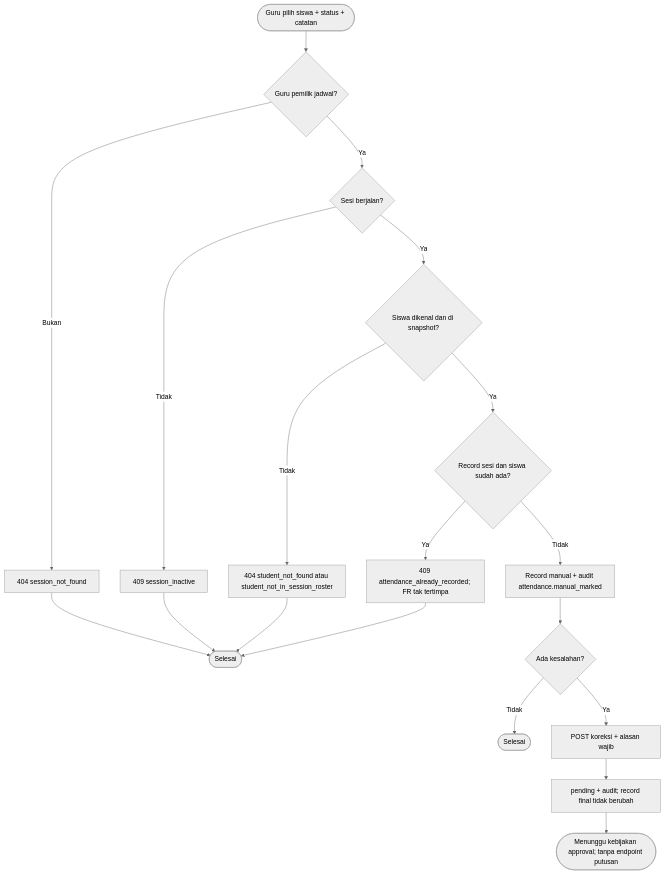
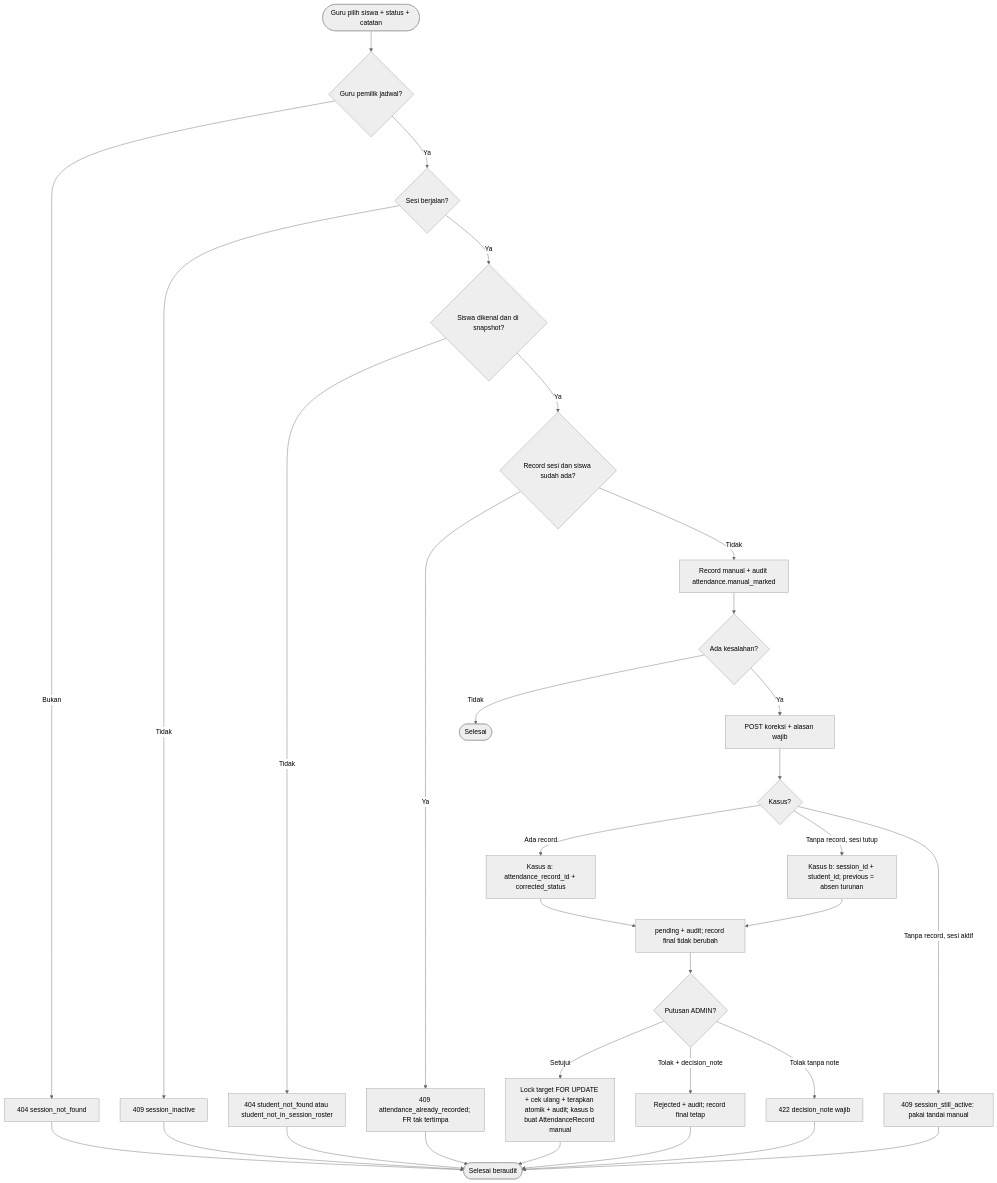
One commit to mygads/Face-Recognition-Capstone changed the seventh of 14 diagrams in docs/proposal/05-activity.md. Above: the diagram before and after it, drawn with Mermaid (neutral theme). The commit also changed other lines of this file and 242 other files, not shown here.

````diff
--- a/docs/proposal/05-activity.md
+++ b/docs/proposal/05-activity.md
@@ -186,21 +186,33 @@
 ```mermaid
 flowchart TD
   S([Guru pilih siswa + status + catatan]) --> SC{Guru pemilik jadwal?}
   SC -- Bukan --> NF[404 session_not_found]
   SC -- Ya --> ST{Sesi berjalan?}
   ST -- Tidak --> SI[409 session_inactive]
   ST -- Ya --> SN{Siswa dikenal dan di snapshot?}
   SN -- Tidak --> NR[404 student_not_found atau student_not_in_session_roster]
   SN -- Ya --> DP{Record sesi dan siswa sudah ada?}
   DP -- Ya --> AR[409 attendance_already_recorded; FR tak tertimpa]
   DP -- Tidak --> SV[Record manual + audit attendance.manual_marked]
   SV --> K{Ada kesalahan?}
   K -- Tidak --> E([Selesai])
   K -- Ya --> P[POST koreksi + alasan wajib]
-  P --> PE[pending + audit; record final tidak berubah]
-  PE --> W([Menunggu kebijakan approval; tanpa endpoint putusan])
-  NF --> E2([Selesai])
+  P --> V{Kasus?}
+  V -- Ada record --> CA[Kasus a: attendance_record_id + corrected_status]
+  V -- Tanpa record, sesi tutup --> CB[Kasus b: session_id + student_id; previous = absen turunan]
+  V -- Tanpa record, sesi aktif --> RJ[409 session_still_active: pakai tandai manual]
+  CA --> PE[pending + audit; record final tidak berubah]
+  CB --> PE
+  PE --> W{Putusan ADMIN?}
+  W -- Setujui --> AP[Lock target FOR UPDATE + cek ulang + terapkan atomik + audit; kasus b buat AttendanceRecord manual]
+  W -- Tolak + decision_note --> DN[Rejected + audit; record final tetap]
+  W -- Tolak tanpa note --> R422[422 decision_note wajib]
+  AP --> E2([Selesai beraudit])
+  DN --> E2
+  R422 --> E2
+  RJ --> E2
+  NF --> E2
   SI --> E2
   NR --> E2
   AR --> E2
 ```
````
